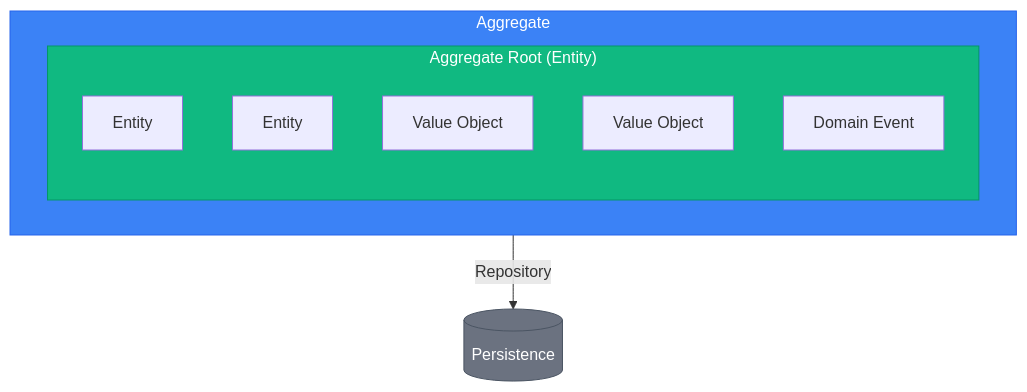
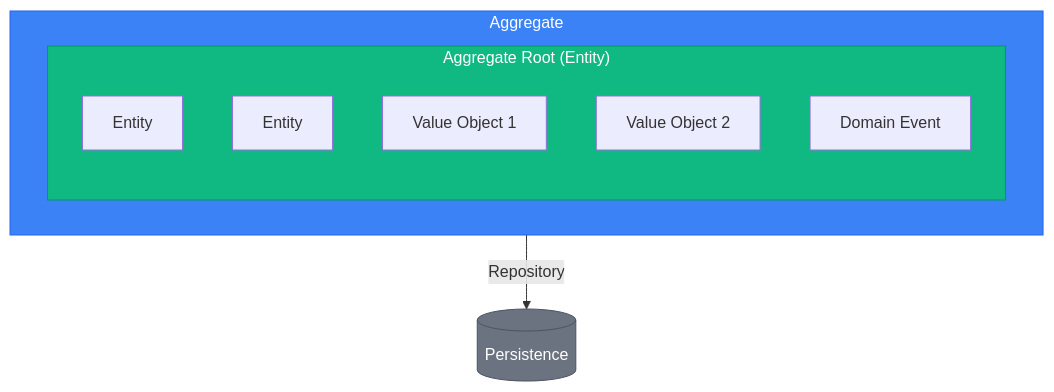
The first of 3 diagrams in plugins/python-suite/skills/ddd-hexagonal-python/references/ddd/tactical-patterns.md (p-hzamora/claude-flow), drawn with Mermaid before and after one commit. The commit also changed other lines of this file and 4 other files, not shown here.

````diff
--- a/plugins/python-suite/skills/ddd-hexagonal-python/references/ddd/tactical-patterns.md
+++ b/plugins/python-suite/skills/ddd-hexagonal-python/references/ddd/tactical-patterns.md
@@ -19,18 +19,18 @@
 ```mermaid
 flowchart TB
     subgraph Aggregate["Aggregate"]
         subgraph AggRoot["Aggregate Root (Entity)"]
             E1["Entity"]
             E2["Entity"]
-            VO1["Value Object"]
-            VO2["Value Object"]
+            VO1["Value Object 1"]
+            VO2["Value Object 2"]
             DE["Domain Event"]
         end
     end
 
     Aggregate -->|Repository| Persistence[("Persistence")]
 
     style Aggregate fill:#3b82f6,stroke:#2563eb,color:white
     style AggRoot fill:#10b981,stroke:#059669,color:white
     style Persistence fill:#6b7280,stroke:#4b5563,color:white
 ```
````
